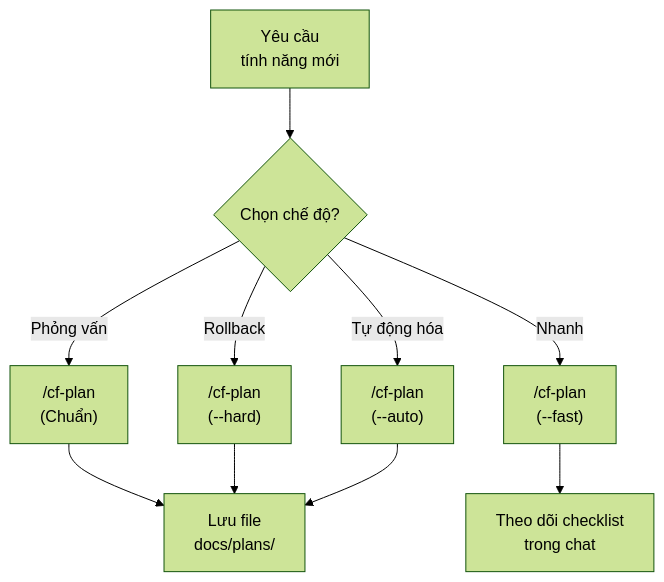
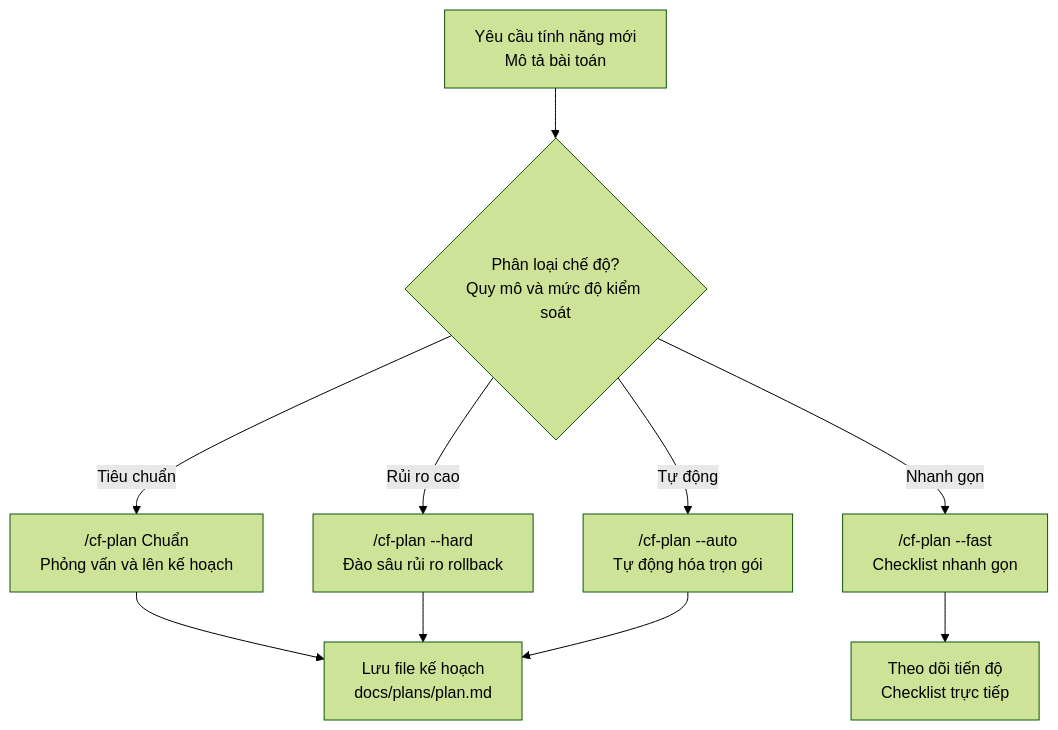
The third of 6 diagrams in content/posts/toan-tap-coding-friend-ai-engineering.md (nguyengoctin/my_website), drawn with Mermaid (forest theme) before and after one commit. The commit also changed other lines of this file and 34 other files, not shown here.

````diff
--- a/content/posts/toan-tap-coding-friend-ai-engineering.md
+++ b/content/posts/toan-tap-coding-friend-ai-engineering.md
@@ -94,20 +107,20 @@
 ```mermaid
 flowchart TD
-    UserReq["`Yêu cầu<br/>tính năng mới`"]
-    ModeCheck{"`Chọn chế độ?`"}
-    PlanNormal["`/cf-plan<br/>(Chuẩn)`"]
-    PlanFast["`/cf-plan<br/>(--fast)`"]
-    PlanHard["`/cf-plan<br/>(--hard)`"]
-    PlanAuto["`/cf-plan<br/>(--auto)`"]
-    Output["`Lưu file<br/>docs/plans/`"]
-    InlineOutput["`Theo dõi checklist<br/>trong chat`"]
+    UserReq["Yêu cầu tính năng mới<br/>Mô tả bài toán"]
+    ModeCheck{"Phân loại chế độ?<br/>Quy mô và mức độ kiểm soát"}
+    PlanNormal["/cf-plan Chuẩn<br/>Phỏng vấn và lên kế hoạch"]
+    PlanFast["/cf-plan --fast<br/>Checklist nhanh gọn"]
+    PlanHard["/cf-plan --hard<br/>Đào sâu rủi ro rollback"]
+    PlanAuto["/cf-plan --auto<br/>Tự động hóa trọn gói"]
+    Output["Lưu file kế hoạch<br/>docs/plans/plan.md"]
+    InlineOutput["Theo dõi tiến độ<br/>Checklist trực tiếp"]
     UserReq --> ModeCheck
-    ModeCheck -->|Phỏng vấn| PlanNormal
-    ModeCheck -->|Nhanh| PlanFast
-    ModeCheck -->|Rollback| PlanHard
-    ModeCheck -->|Tự động hóa| PlanAuto
+    ModeCheck -->|Tiêu chuẩn| PlanNormal
+    ModeCheck -->|Nhanh gọn| PlanFast
+    ModeCheck -->|Rủi ro cao| PlanHard
+    ModeCheck -->|Tự động| PlanAuto
     PlanNormal --> Output
     PlanFast --> InlineOutput
     PlanHard --> Output
     PlanAuto --> Output
 ```
````
